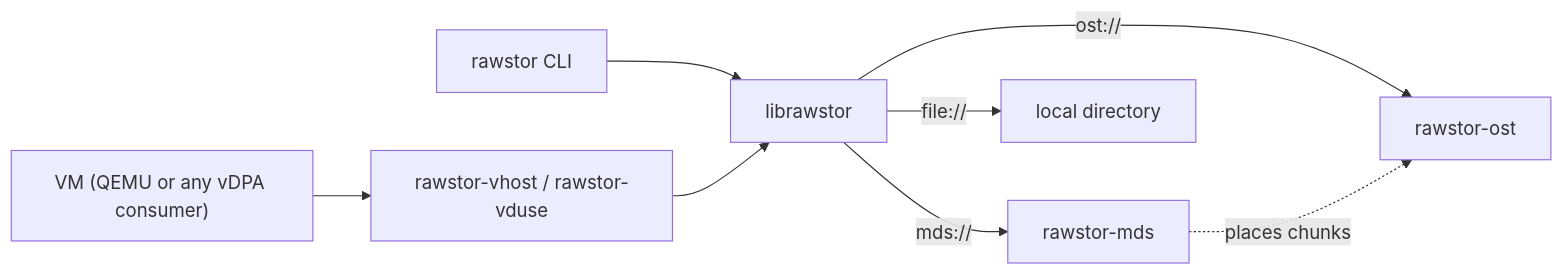
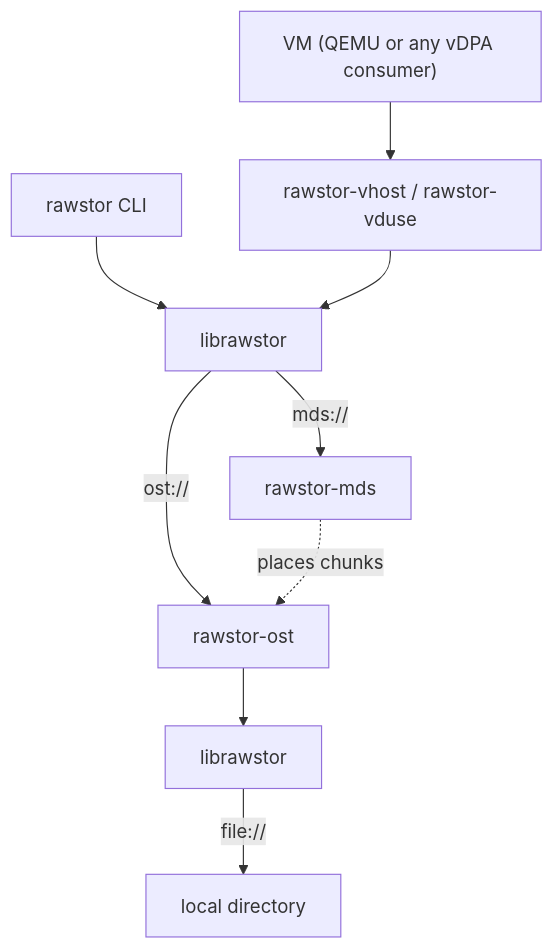
Before and after one commit to rawstor/librawstor: the diagram in docs/index.md, drawn with Mermaid.

Commit message:
docs: make the index diagram vertical, show librawstor behind rawstor-ost

````diff
--- a/docs/index.md
+++ b/docs/index.md
@@ -27,10 +27,11 @@
 ```mermaid
-flowchart LR
+flowchart TD
     vm["VM (QEMU or any vDPA consumer)"] --> vhost["rawstor-vhost / rawstor-vduse"]
     cli["rawstor CLI"] --> lib["librawstor"]
     vhost --> lib
     lib -->|"mds://"| mds["rawstor-mds"]
     lib -->|"ost://"| ost1["rawstor-ost"]
-    lib -->|"file://"| fs["local directory"]
     mds -. "places chunks" .-> ost1
+    ost1 --> lib2["librawstor"]
+    lib2 -->|"file://"| fs["local directory"]
 ```
````
